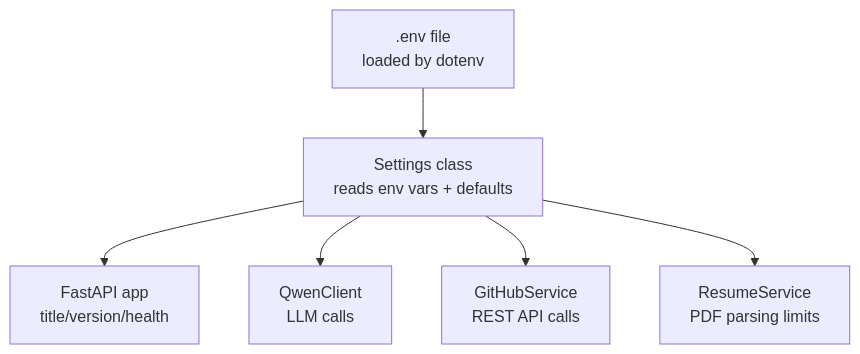
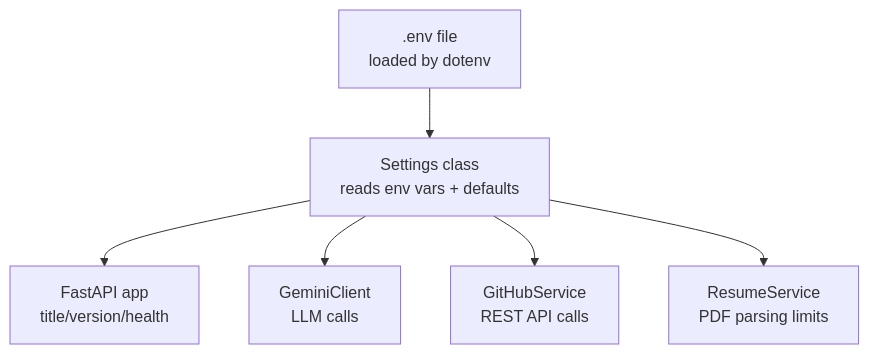
The first of 6 diagrams in .qoder/repowiki/en/content/External Integrations/Configuration Management.md (waqarimran342/CareerOS-AI), drawn with Mermaid before and after one commit. The commit also changed other lines of this file and 32 other files, not shown here.

````diff
--- a/.qoder/repowiki/en/content/External Integrations/Configuration Management.md
+++ b/.qoder/repowiki/en/content/External Integrations/Configuration Management.md
@@ -33,8 +41,8 @@
 ```mermaid
 graph TB
 A[".env file<br/>loaded by dotenv"] --> B["Settings class<br/>reads env vars + defaults"]
 B --> C["FastAPI app<br/>title/version/health"]
-B --> D["QwenClient<br/>LLM calls"]
+B --> D["GeminiClient<br/>LLM calls"]
 B --> E["GitHubService<br/>REST API calls"]
 B --> F["ResumeService<br/>PDF parsing limits"]
 ```
````
